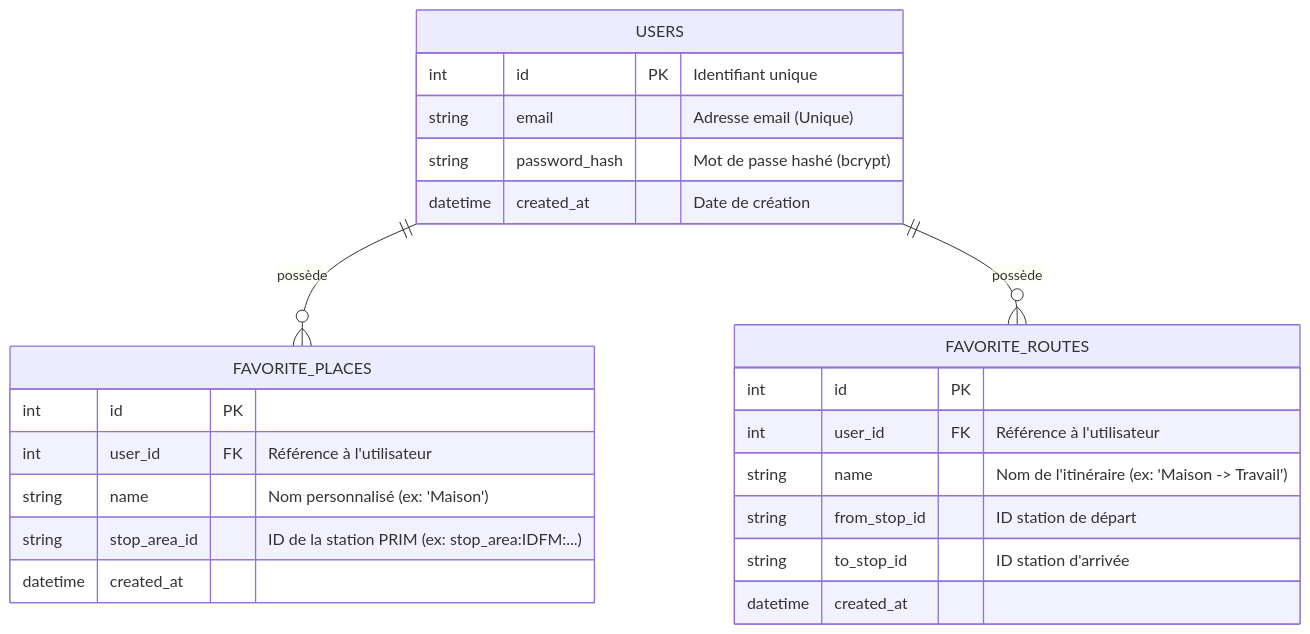
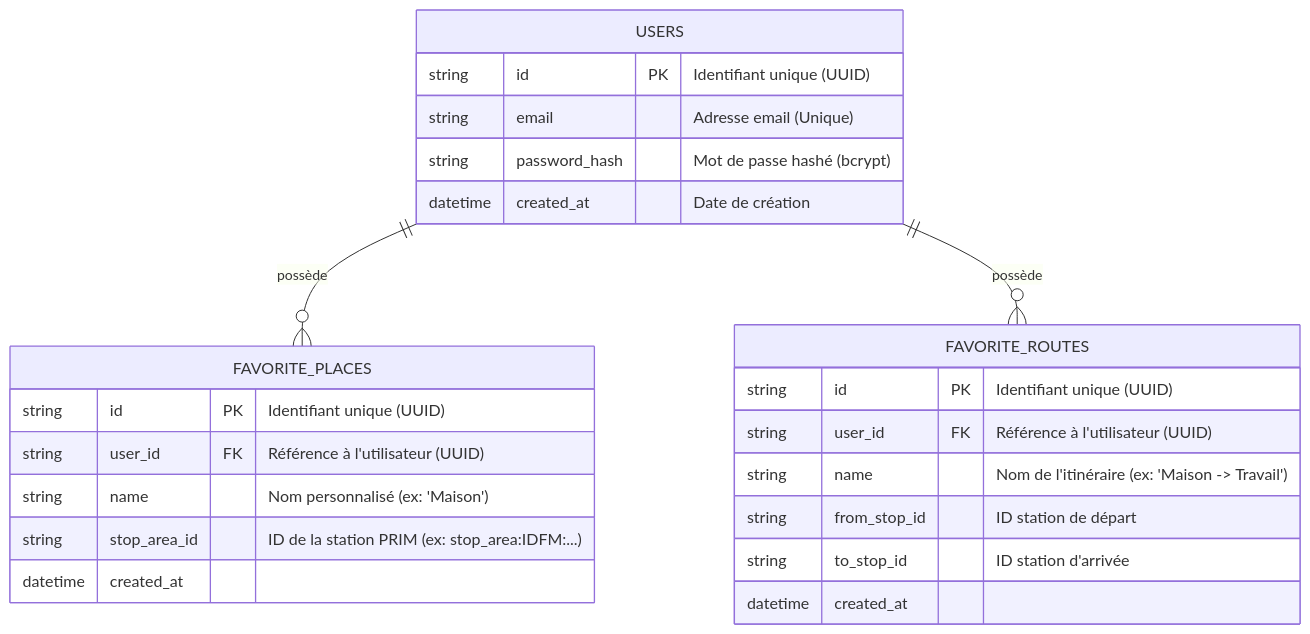
Before and after one commit to kingcrud12/Flyxy: the diagram in documentation/conception/database_schema.md, drawn with Mermaid. The commit also changed 91 other files, not shown here.

````diff
--- a/documentation/conception/database_schema.md
+++ b/documentation/conception/database_schema.md
@@ -7,29 +7,29 @@
 ```mermaid
 erDiagram
     USERS ||--o{ FAVORITE_PLACES : "possède"
     USERS ||--o{ FAVORITE_ROUTES : "possède"
 
     USERS {
-        int id PK "Identifiant unique"
+        string id PK "Identifiant unique (UUID)"
         string email "Adresse email (Unique)"
         string password_hash "Mot de passe hashé (bcrypt)"
         datetime created_at "Date de création"
     }
 
     FAVORITE_PLACES {
-        int id PK
-        int user_id FK "Référence à l'utilisateur"
+        string id PK "Identifiant unique (UUID)"
+        string user_id FK "Référence à l'utilisateur (UUID)"
         string name "Nom personnalisé (ex: 'Maison')"
         string stop_area_id "ID de la station PRIM (ex: stop_area:IDFM:...)"
         datetime created_at
     }
 
     FAVORITE_ROUTES {
-        int id PK
-        int user_id FK "Référence à l'utilisateur"
+        string id PK "Identifiant unique (UUID)"
+        string user_id FK "Référence à l'utilisateur (UUID)"
         string name "Nom de l'itinéraire (ex: 'Maison -> Travail')"
         string from_stop_id "ID station de départ"
         string to_stop_id "ID station d'arrivée"
         datetime created_at
     }
 ```
````
